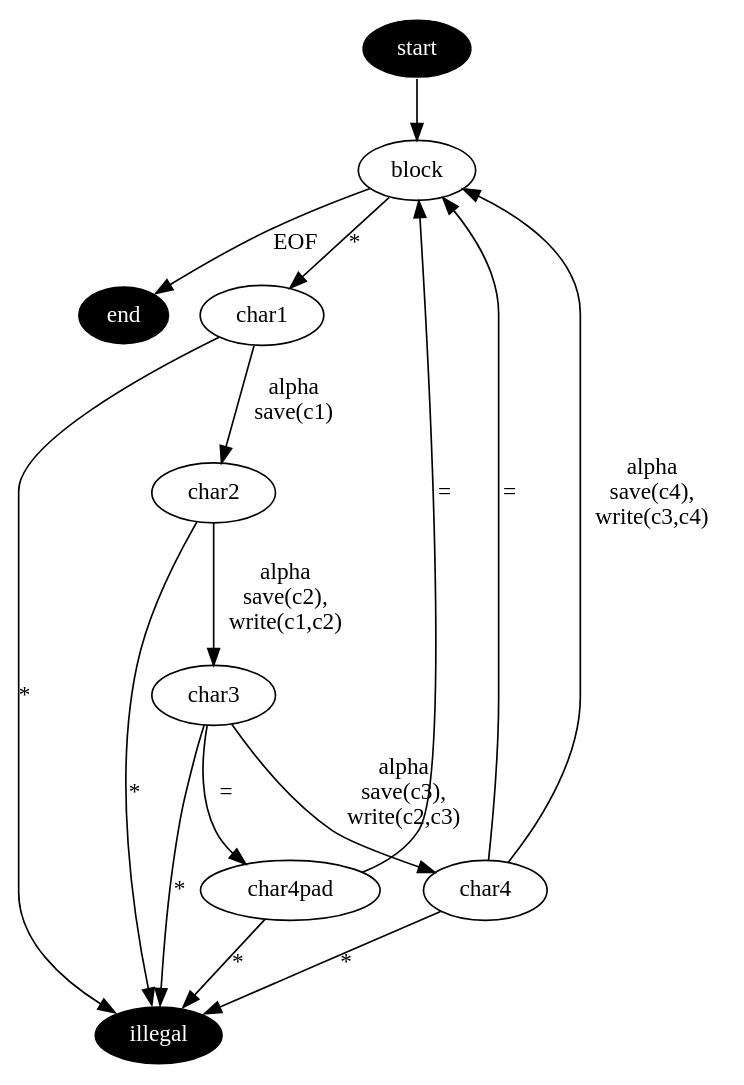
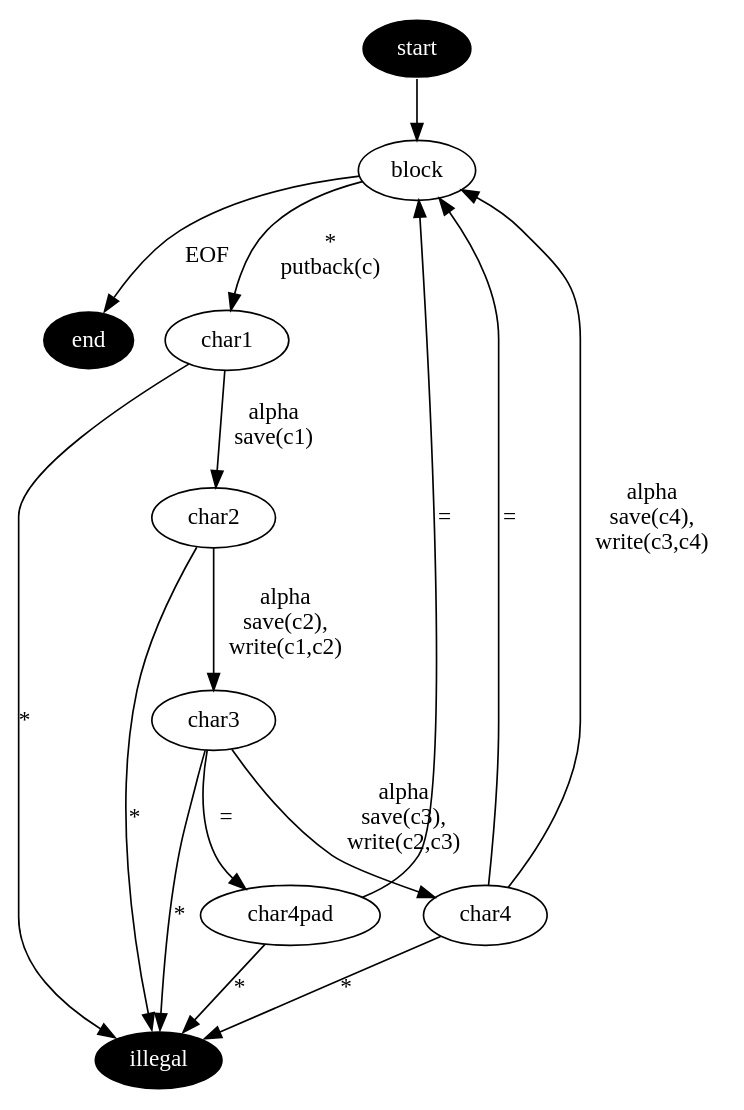
Before and after one commit to tancred/objc-base64: the diagram in decode.dot, drawn with Graphviz.

Commit message:
Diagram: input is forwarded from block state to char1.

```diff
--- a/decode.dot
+++ b/decode.dot
@@ -1,36 +1,36 @@
 digraph decode {
 	// terminal states
 	node [ style = filled; fillcolor = black; color = white; fontcolor = white; ];
 	start, end, illegal
 
 	// internal states
 	node [ style = filled; fillcolor = white; color = black; fontcolor = black; ];
 	block;
 	char1, char2, char3, char4, char4pad;
 
 	// unspecified states
 	node [ style = filled; fillcolor = cyan; color = black; fontcolor = black; ];
 
 	start -> block;
 
-	block -> char1 [ label = "*" ];
+	block -> char1 [ label = "*\nputback(c)" ];
 
 	char1 -> char2 [ label = "alpha\nsave(c1)" ];
 	char1 -> illegal [ label = "*" ];
 
 	char2 -> char3 [ label = "alpha\nsave(c2),\nwrite(c1,c2)" ];
 	char2 -> illegal [ label = "*" ];
 
 	char3 -> char4 [ label = "alpha\nsave(c3),\nwrite(c2,c3)" ];
 	char3 -> char4pad [ label = "=" ];
 	char3 -> illegal [ label = "*" ];
 
 	char4 -> block [ label = "alpha\nsave(c4),\nwrite(c3,c4)" ];
 	char4 -> block [ label = "=" ];
 	char4 -> illegal [ label = "*" ];
 
 	char4pad -> block [ label = "=" ];
 	char4pad -> illegal [ label = "*" ];
 
 	block -> end [ label = "EOF" ];
 }
```
